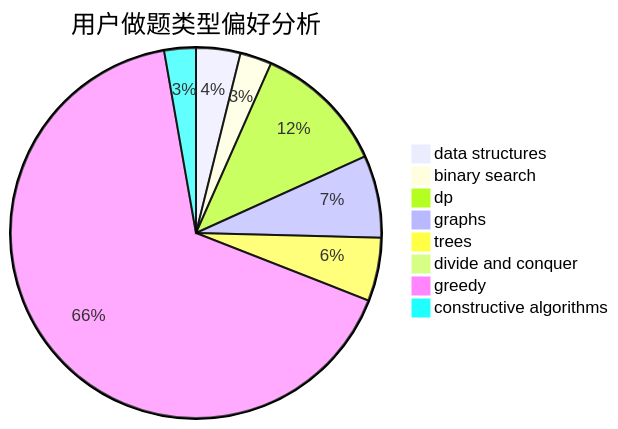
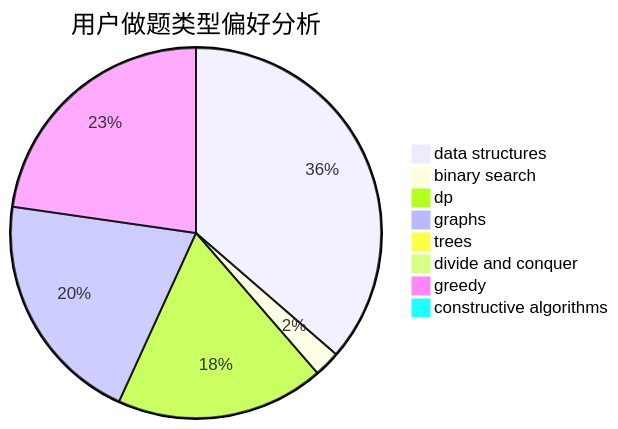
The second of 3 diagrams in docs/user/u2612.md (sherpahu/cfrs.github.io), drawn with Mermaid before and after one commit. The commit also changed other lines of this file and 2770 other files, not shown here.

````diff
--- a/docs/user/u2612.md
+++ b/docs/user/u2612.md
@@ -23,11 +23,11 @@
 ```mermaid
 pie title 用户做题类型偏好分析
-    "data structures" :  7
-    "binary search" :  5
-    "dp" :  21
-    "graphs" :  13
-    "trees" :  10
+    "data structures" :  16
+    "binary search" :  1
+    "dp" :  8
+    "graphs" :  9
+    "trees" :  0
     "divide and conquer" :  0
-    "greedy" :  120
-    "constructive algorithms" :  5
+    "greedy" :  10
+    "constructive algorithms" :  0
 ```
````
